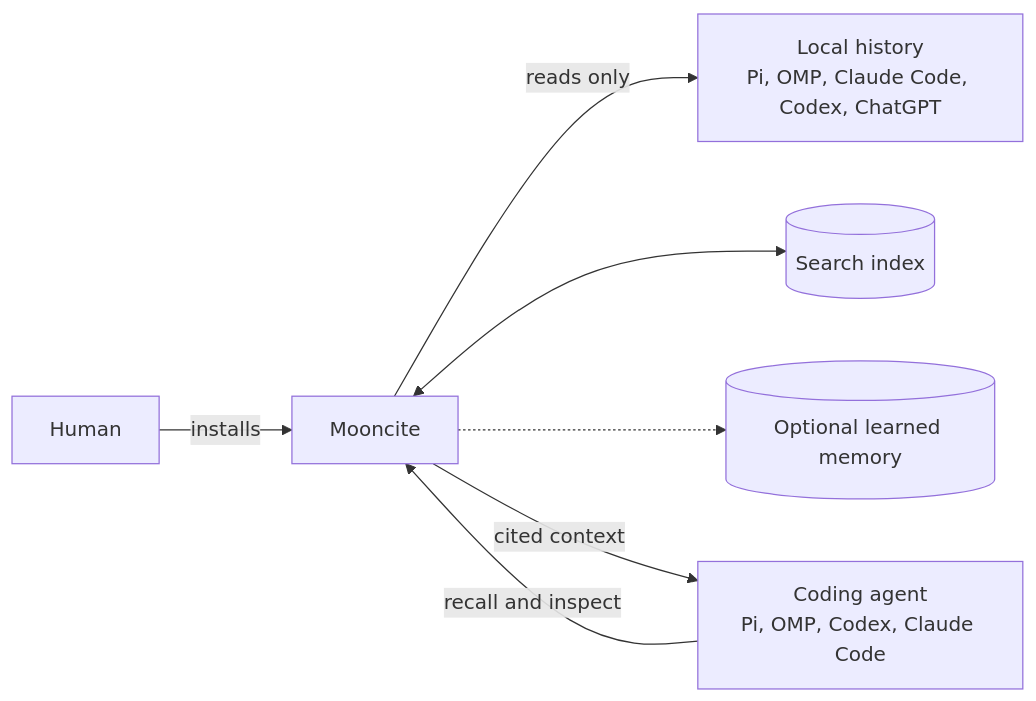
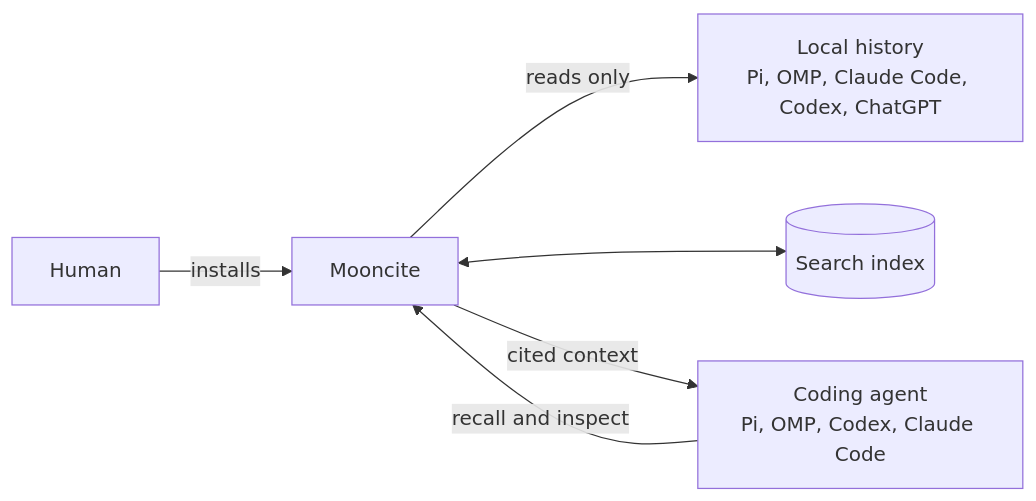
One commit to WhenMoon-afk/claude-memory-mcp changed the diagram in README.md. Above: the diagram before and after it, drawn with Mermaid. The commit also changed 2 other files, not shown here.

Commit message:
preview 1010: scrub remaining learned-memory docs

````diff
--- a/README.md
+++ b/README.md
@@ -7,9 +7,8 @@
 ```mermaid
 flowchart LR
     H[Human] -->|installs| M[Mooncite]
     A[Coding agent<br/>Pi, OMP, Codex, Claude Code] -->|recall and inspect| M
     M -->|reads only| S[Local history<br/>Pi, OMP, Claude Code, Codex, ChatGPT]
     M <--> I[(Search index)]
-    M -.-> L[(Optional learned memory)]
     M -->|cited context| A
 ```
````
